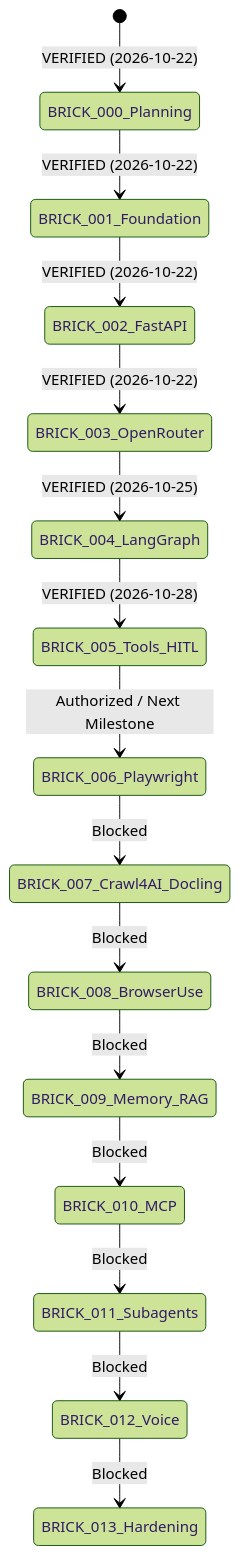
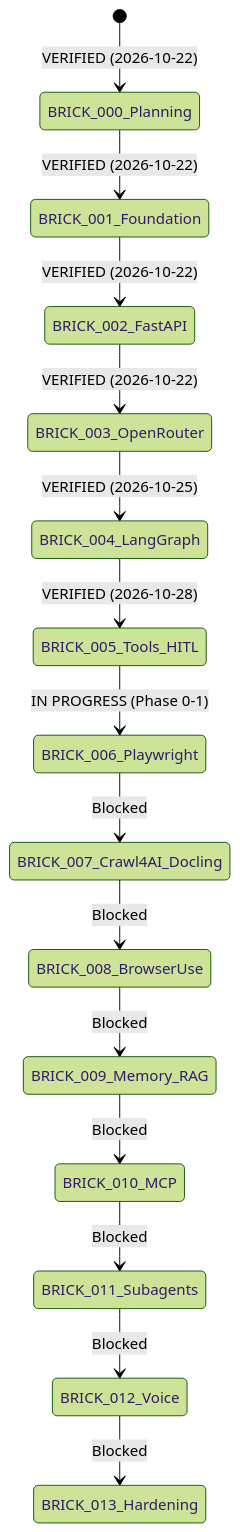
The diagram in docs/PROGRESS.md (Aryramy/javed), drawn with Mermaid (forest theme) before and after one commit. The commit also changed other lines of this file and 3 other files, not shown here.

Commit message:
docs(brick-006): Phase 0-1 preflight, scope & Playwright MCP architectural evaluation

````diff
--- a/docs/PROGRESS.md
+++ b/docs/PROGRESS.md
@@ -28,17 +28,17 @@
 ```mermaid
 stateDiagram-v2
     [*] --> BRICK_000_Planning: VERIFIED (2026-10-22)
     BRICK_000_Planning --> BRICK_001_Foundation: VERIFIED (2026-10-22)
     BRICK_001_Foundation --> BRICK_002_FastAPI: VERIFIED (2026-10-22)
     BRICK_002_FastAPI --> BRICK_003_OpenRouter: VERIFIED (2026-10-22)
     BRICK_003_OpenRouter --> BRICK_004_LangGraph: VERIFIED (2026-10-25)
     BRICK_004_LangGraph --> BRICK_005_Tools_HITL: VERIFIED (2026-10-28)
-    BRICK_005_Tools_HITL --> BRICK_006_Playwright: Authorized / Next Milestone
+    BRICK_005_Tools_HITL --> BRICK_006_Playwright: IN PROGRESS (Phase 0-1)
     BRICK_006_Playwright --> BRICK_007_Crawl4AI_Docling: Blocked
     BRICK_007_Crawl4AI_Docling --> BRICK_008_BrowserUse: Blocked
     BRICK_008_BrowserUse --> BRICK_009_Memory_RAG: Blocked
     BRICK_009_Memory_RAG --> BRICK_010_MCP: Blocked
     BRICK_010_MCP --> BRICK_011_Subagents: Blocked
     BRICK_011_Subagents --> BRICK_012_Voice: Blocked
     BRICK_012_Voice --> BRICK_013_Hardening: Blocked
 ```
````
